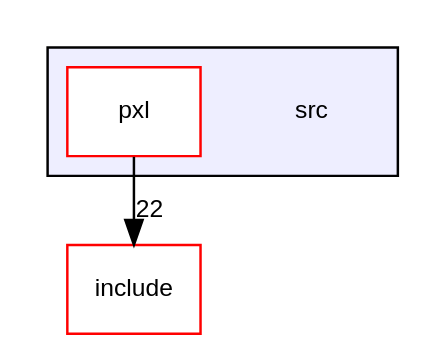
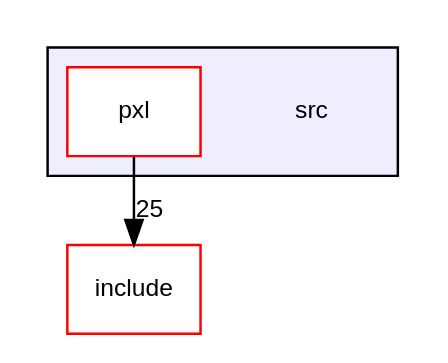
One commit to Pixel-Lib/Pixel changed the diagram in dir_68267d1309a1af8e8297ef4c3efbcdba_dep.dot. Above: the diagram before and after it, drawn with Graphviz. The commit also changed 250 other files, not shown here.

```diff
--- a/dir_68267d1309a1af8e8297ef4c3efbcdba_dep.dot
+++ b/dir_68267d1309a1af8e8297ef4c3efbcdba_dep.dot
@@ -1,12 +1,12 @@
 digraph "src" {
   compound=true
   node [ fontsize="10", fontname="Helvetica"];
   edge [ labelfontsize="10", labelfontname="Helvetica"];
   subgraph clusterdir_68267d1309a1af8e8297ef4c3efbcdba {
     graph [ bgcolor="#eeeeff", pencolor="black", label="" URL="dir_68267d1309a1af8e8297ef4c3efbcdba.html"];
     dir_68267d1309a1af8e8297ef4c3efbcdba [shape=plaintext label="src"];
   dir_87a857eff530ad659c1a04633acb58d5 [shape=box label="pxl" fillcolor="white" style="filled" color="red" URL="dir_87a857eff530ad659c1a04633acb58d5.html"];
   }
   dir_d44c64559bbebec7f509842c48db8b23 [shape=box label="include" fillcolor="white" style="filled" color="red" URL="dir_d44c64559bbebec7f509842c48db8b23.html"];
-  dir_87a857eff530ad659c1a04633acb58d5->dir_d44c64559bbebec7f509842c48db8b23 [headlabel="22", labeldistance=1.5 headhref="dir_000005_000000.html"];
+  dir_87a857eff530ad659c1a04633acb58d5->dir_d44c64559bbebec7f509842c48db8b23 [headlabel="25", labeldistance=1.5 headhref="dir_000005_000000.html"];
 }
```
